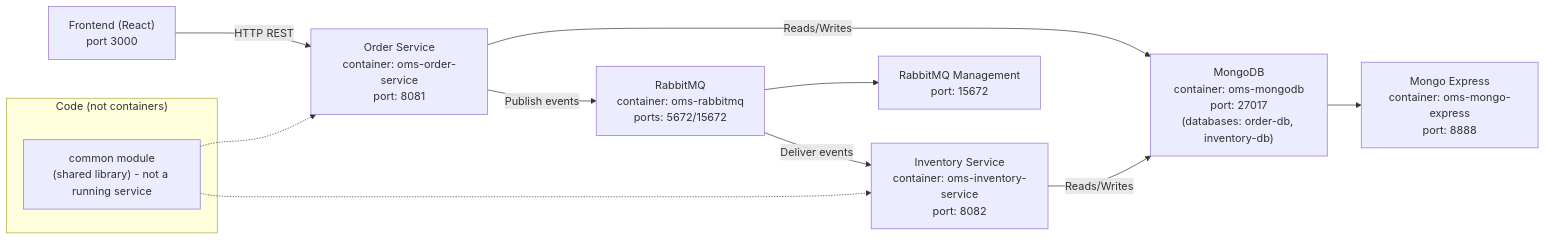
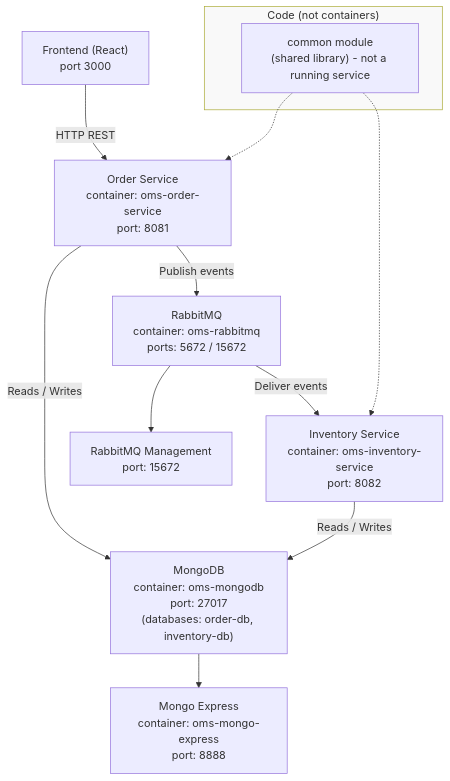
Before and after one commit to vatsalchavda/real-time-order-tracking: the first of 2 diagrams in README.md, drawn with Mermaid. The commit also changed other lines of this file and 2 other files, not shown here.

Commit message:
docs: vertical architecture diagram + architecture.mmd and CI to render diagrams

````diff
--- a/README.md
+++ b/README.md
@@ -47,24 +47,26 @@
 ```mermaid
-flowchart LR
+%%{init: {"themeVariables": {"fontSize": "16px", "nodePadding": "16", "clusterBkg": "#f9f9f9"}}}%%
+flowchart TB
+   %% Top-down layout for better readability on narrow screens
    Frontend["Frontend (React)\nport 3000"]
    Order["Order Service\ncontainer: oms-order-service\nport: 8081"]
    Inventory["Inventory Service\ncontainer: oms-inventory-service\nport: 8082"]
-   Rabbit["RabbitMQ\ncontainer: oms-rabbitmq\nports: 5672/15672"]
+   Rabbit["RabbitMQ\ncontainer: oms-rabbitmq\nports: 5672 / 15672"]
+   RabbitMgmt["RabbitMQ Management\nport: 15672"]
    Mongo["MongoDB\ncontainer: oms-mongodb\nport: 27017\n(databases: order-db, inventory-db)"]
    MongoExpress["Mongo Express\ncontainer: oms-mongo-express\nport: 8888"]
-   RabbitMgmt["RabbitMQ Management\nport: 15672"]
 
    Frontend -->|HTTP REST| Order
    Order -->|Publish events| Rabbit
    Rabbit -->|Deliver events| Inventory
-   Order -->|Reads/Writes| Mongo
-   Inventory -->|Reads/Writes| Mongo
+   Order -->|Reads / Writes| Mongo
+   Inventory -->|Reads / Writes| Mongo
    Mongo --> MongoExpress
    Rabbit --> RabbitMgmt
 
    subgraph CodeModules["Code (not containers)"]
       Common["common module\n(shared library) - not a running service"]
    end
    Common -.-> Order
    Common -.-> Inventory
 ```
````
